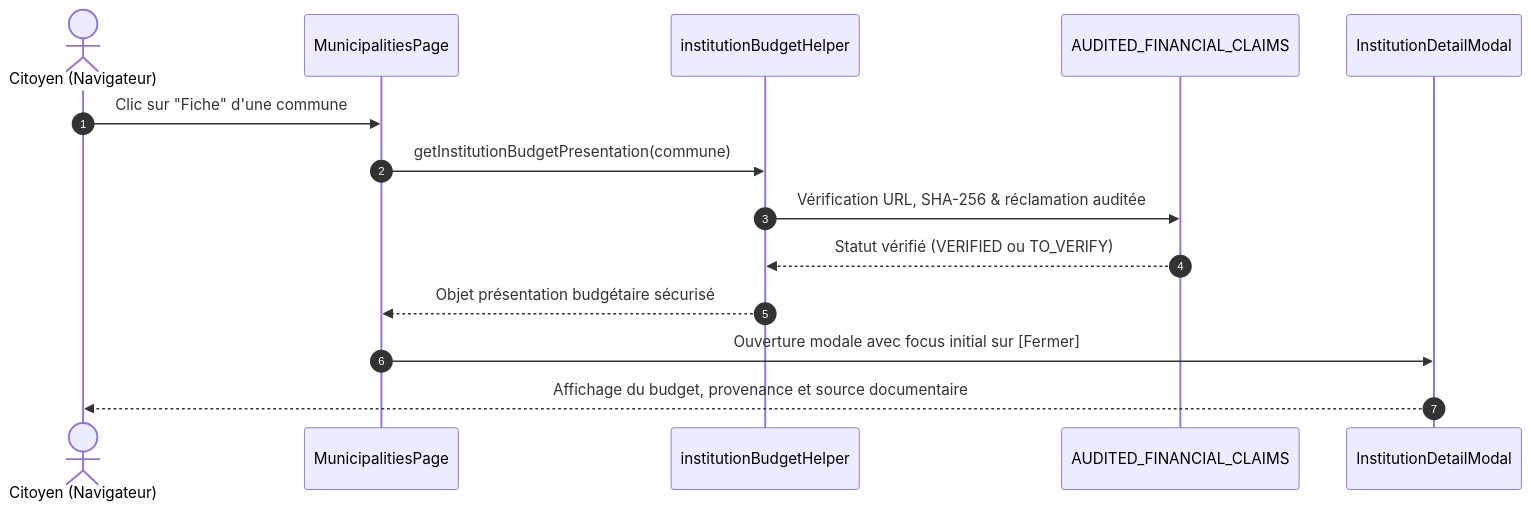
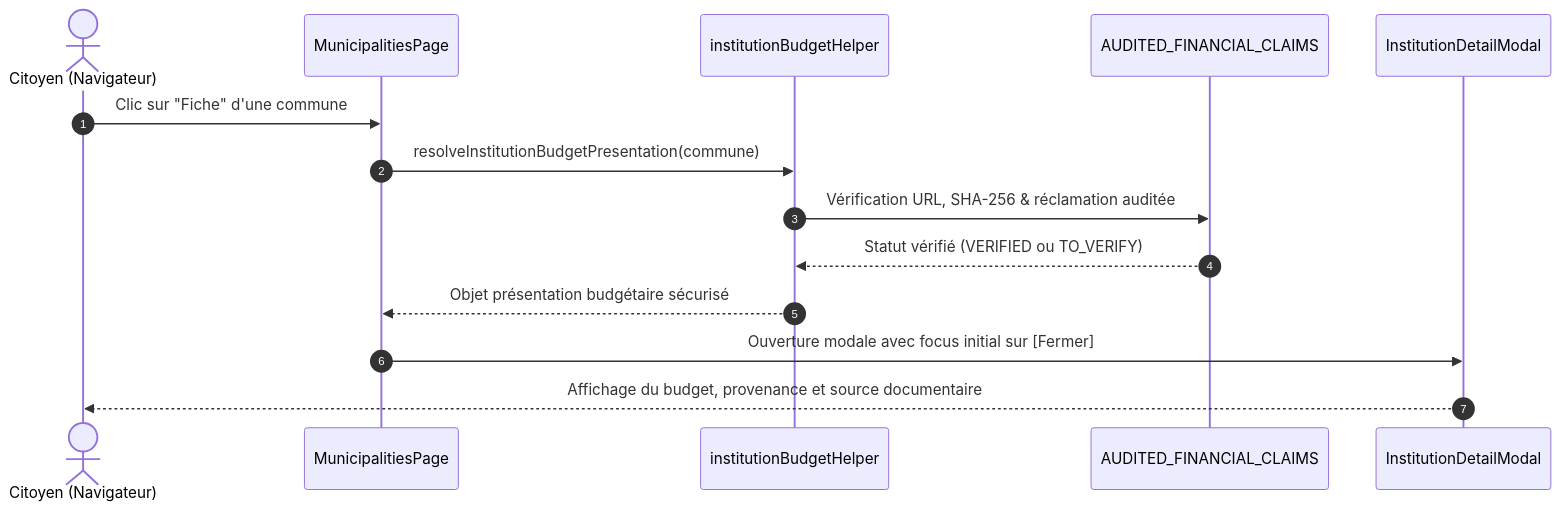
One commit to jeananvoh-cmyk/suivibudget-ci changed the second of 3 diagrams in docs/architecture/OVERVIEW.md. Above: the diagram before and after it, drawn with Mermaid.

Commit message:
docs: correct budget resolver API name for human handoff

````diff
--- a/docs/architecture/OVERVIEW.md
+++ b/docs/architecture/OVERVIEW.md
@@ -92,17 +92,17 @@
 ```mermaid
 sequenceDiagram
     autonumber
     actor Citoyen as Citoyen (Navigateur)
     participant Page as MunicipalitiesPage
     participant Helper as institutionBudgetHelper
     participant Claims as AUDITED_FINANCIAL_CLAIMS
     participant Modal as InstitutionDetailModal
 
     Citoyen->>Page: Clic sur "Fiche" d'une commune
-    Page->>Helper: getInstitutionBudgetPresentation(commune)
+    Page->>Helper: resolveInstitutionBudgetPresentation(commune)
     Helper->>Claims: Vérification URL, SHA-256 & réclamation auditée
     Claims-->>Helper: Statut vérifié (VERIFIED ou TO_VERIFY)
     Helper-->>Page: Objet présentation budgétaire sécurisé
     Page->>Modal: Ouverture modale avec focus initial sur [Fermer]
     Modal-->>Citoyen: Affichage du budget, provenance et source documentaire
 ```
````
